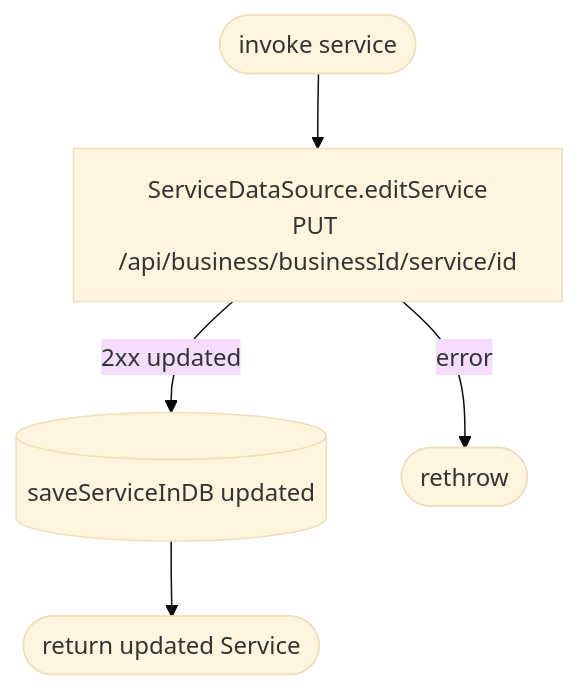
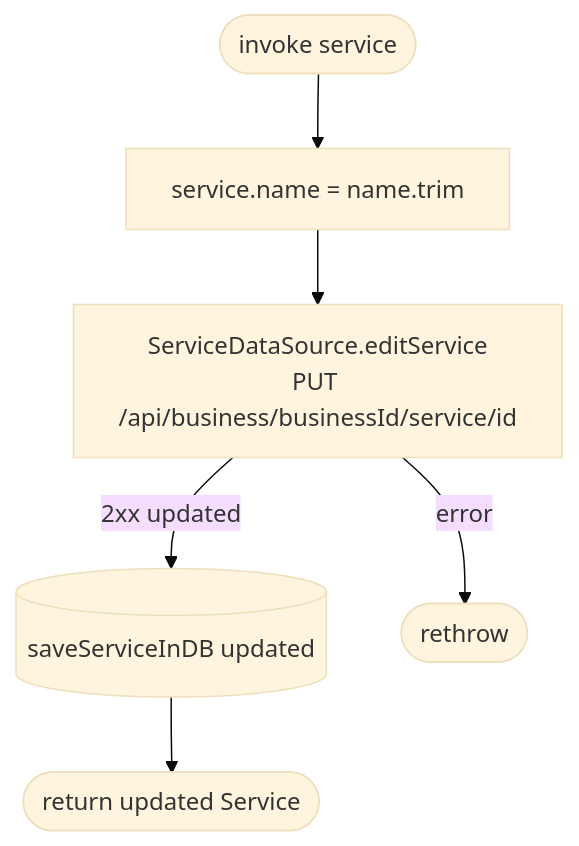
The diagram in docs/operations/services/edit-service.md (nocturneproperties/bookkme-client), drawn with Mermaid (base theme) before and after one commit. The commit also changed other lines of this file and 39 other files, not shown here.

````diff
--- a/docs/operations/services/edit-service.md
+++ b/docs/operations/services/edit-service.md
@@ -8,7 +10,8 @@
 ```mermaid
 flowchart TD
-    Start([invoke service]) --> Net[ServiceDataSource.editService<br/>PUT /api/business/businessId/service/id]
+    Start([invoke service]) --> Trim[service.name = name.trim]
+    Trim --> Net[ServiceDataSource.editService<br/>PUT /api/business/businessId/service/id]
     Net -- 2xx updated --> Save[(saveServiceInDB updated)]
     Save --> R([return updated Service])
     Net -- error --> EX([rethrow])
 ```
````
